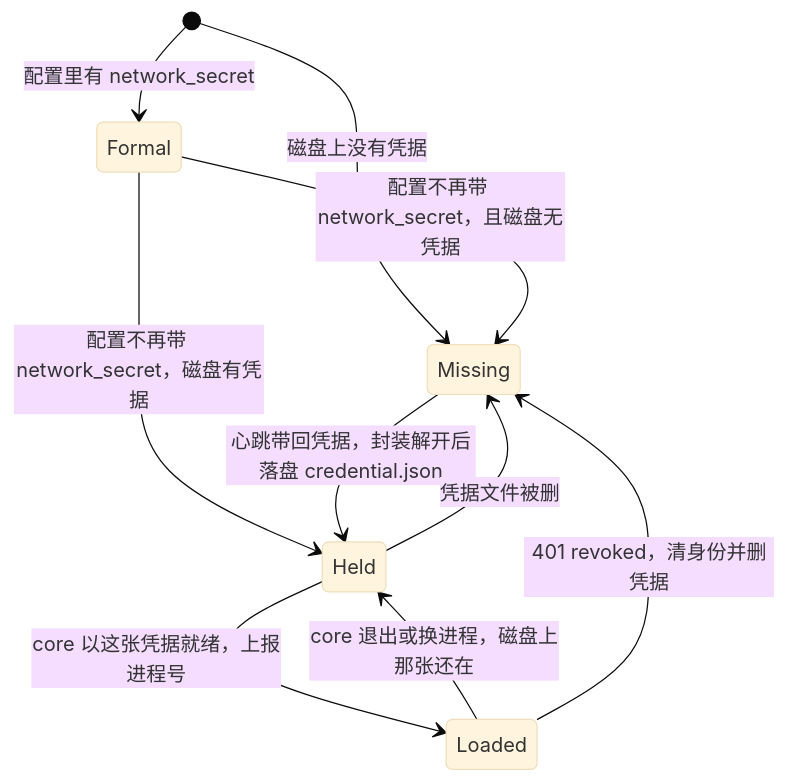
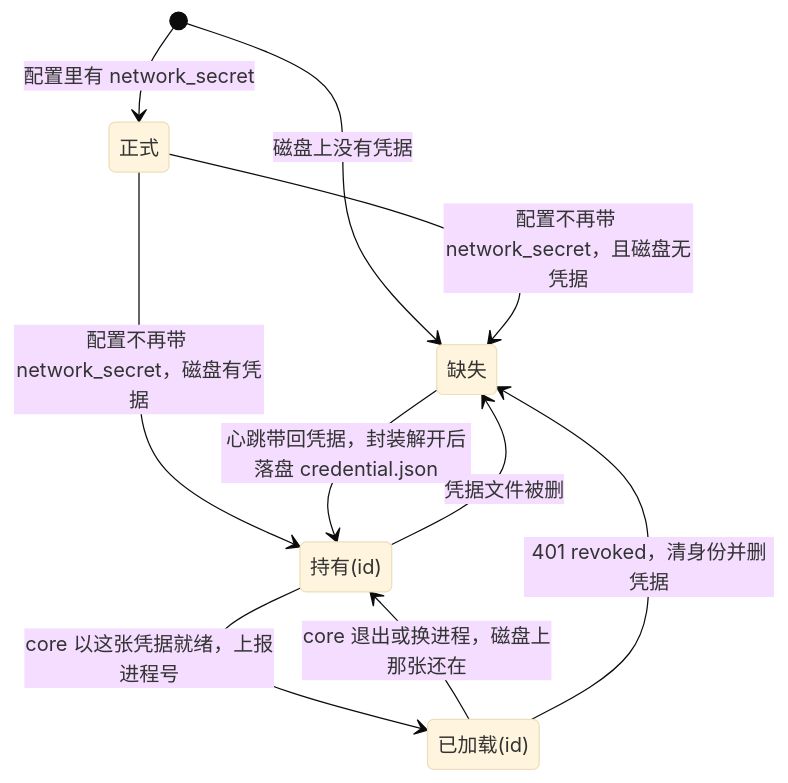
Before and after one commit to hiromuraki/mesh-client: the second of 8 diagrams in docs/states.md, drawn with Mermaid (base theme). The commit also changed other lines of this file and 14 other files, not shown here.

````diff
--- a/docs/states.md
+++ b/docs/states.md
@@ -68,12 +66,16 @@
 ```mermaid
 stateDiagram-v2
-    [*] --> Formal: 配置里有 network_secret
-    [*] --> Missing: 磁盘上没有凭据
-    Formal --> Missing: 配置不再带 network_secret，且磁盘无凭据
-    Formal --> Held: 配置不再带 network_secret，磁盘有凭据
-    Missing --> Held: 心跳带回凭据，封装解开后落盘 credential.json
-    Held --> Loaded: core 以这张凭据就绪，上报进程号
-    Loaded --> Held: core 退出或换进程，磁盘上那张还在
-    Held --> Missing: 凭据文件被删
-    Loaded --> Missing: 401 revoked，清身份并删凭据
+    state "正式" as F
+    state "缺失" as M
+    state "持有(id)" as H
+    state "已加载(id)" as L
+    [*] --> F: 配置里有 network_secret
+    [*] --> M: 磁盘上没有凭据
+    F --> M: 配置不再带 network_secret，且磁盘无凭据
+    F --> H: 配置不再带 network_secret，磁盘有凭据
+    M --> H: 心跳带回凭据，封装解开后落盘 credential.json
+    H --> L: core 以这张凭据就绪，上报进程号
+    L --> H: core 退出或换进程，磁盘上那张还在
+    H --> M: 凭据文件被删
+    L --> M: 401 revoked，清身份并删凭据
 ```
````
